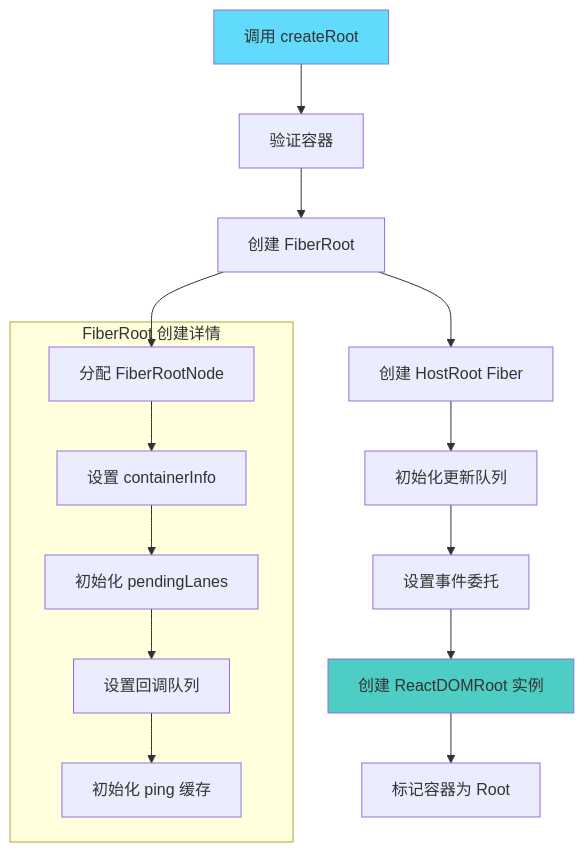
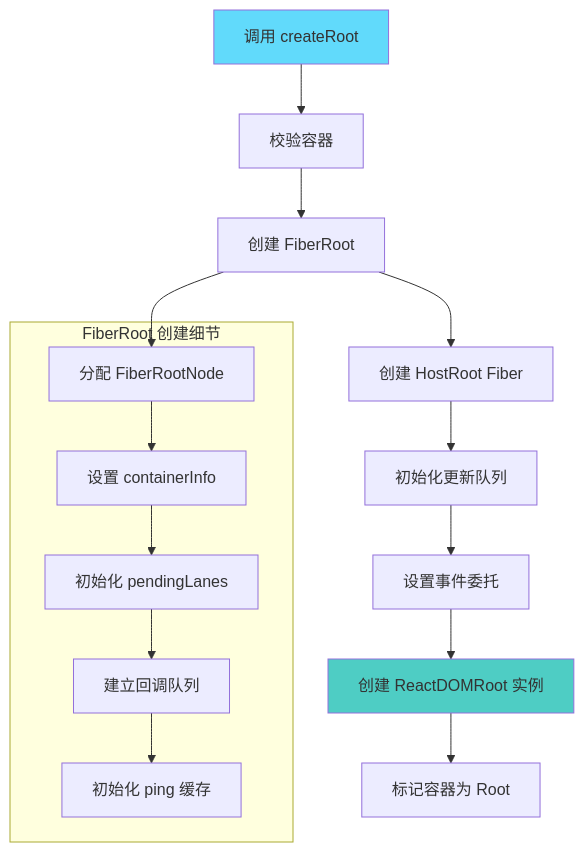
Before and after one commit to changcheng1/react18-source-implementation: the third of 11 diagrams in README_CN.md, drawn with Mermaid. The commit also changed other lines of this file, not shown here.

````diff
--- a/README_CN.md
+++ b/README_CN.md
@@ -1530,23 +661,23 @@
 ```mermaid
 flowchart TD
-    A[调用 createRoot] --> B[验证容器]
+    A[调用 createRoot] --> B[校验容器]
     B --> C[创建 FiberRoot]
     C --> D[创建 HostRoot Fiber]
     D --> E[初始化更新队列]
     E --> F[设置事件委托]
     F --> G[创建 ReactDOMRoot 实例]
     G --> H[标记容器为 Root]
 
-    subgraph "FiberRoot 创建详情"
+    subgraph "FiberRoot 创建细节"
         C1[分配 FiberRootNode]
         C2[设置 containerInfo]
         C3[初始化 pendingLanes]
-        C4[设置回调队列]
+        C4[建立回调队列]
         C5[初始化 ping 缓存]
     end
 
     C --> C1 --> C2 --> C3 --> C4 --> C5
 
     style A fill:#61dafb
     style G fill:#4ecdc4
 ```
````
